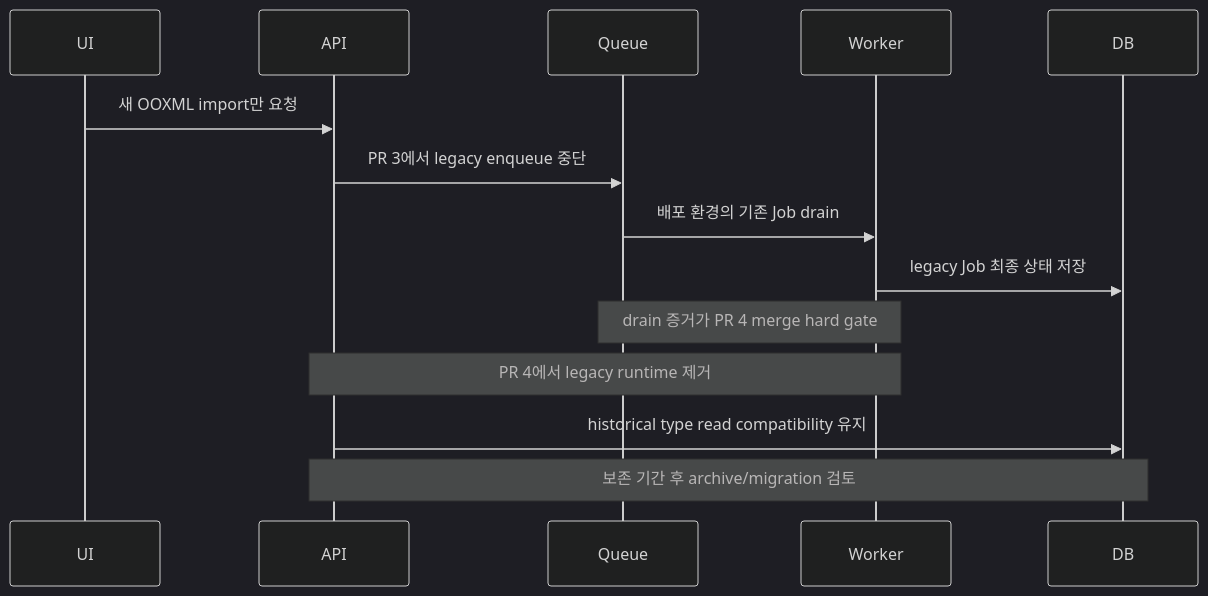
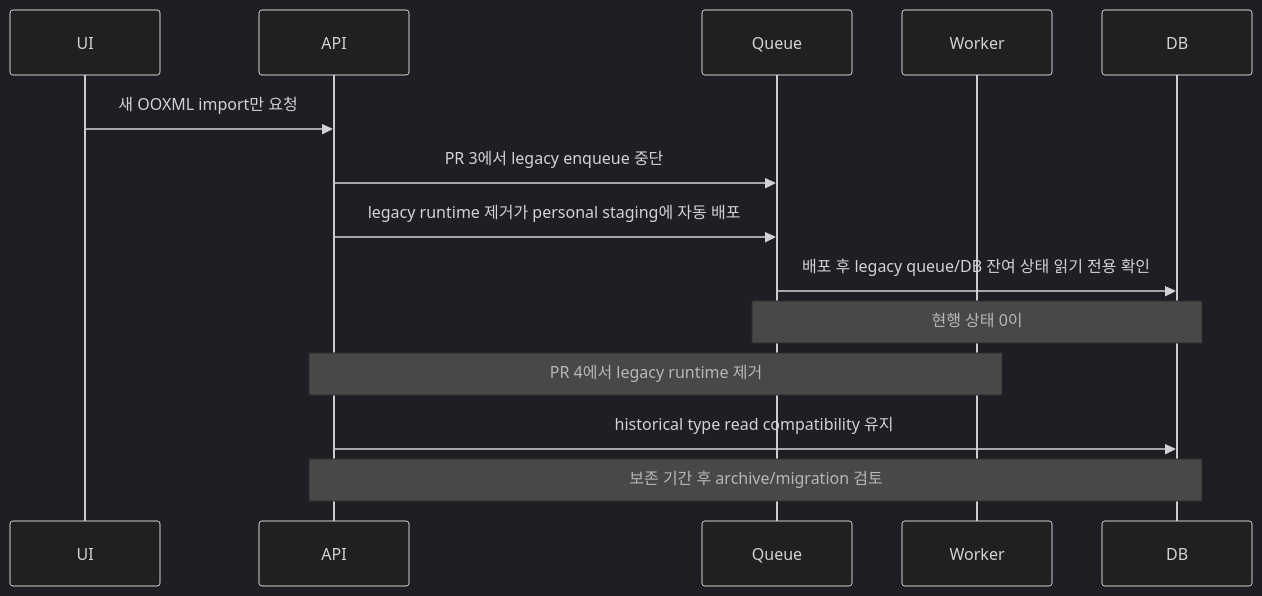
One commit to na-man-mu-303-team2/Orbit changed the seventh of 8 diagrams in docs/plans/generate-deck-separation-before-issue-338.md. Above: the diagram before and after it, drawn with Mermaid (dark theme). The commit also changed other lines of this file and 3 other files, not shown here.

````diff
--- a/docs/plans/generate-deck-separation-before-issue-338.md
+++ b/docs/plans/generate-deck-separation-before-issue-338.md
@@ -893,17 +906,17 @@
 ```mermaid
 sequenceDiagram
     participant UI
     participant API
     participant Queue
     participant Worker
     participant DB
 
     UI->>API: 새 OOXML import만 요청
     API->>Queue: PR 3에서 legacy enqueue 중단
-    Queue->>Worker: 배포 환경의 기존 Job drain
-    Worker->>DB: legacy Job 최종 상태 저장
-    Note over Queue,Worker: drain 증거가 PR 4 merge hard gate
+    API->>Queue: legacy runtime 제거가 personal staging에 자동 배포
+    Queue->>DB: 배포 후 legacy queue/DB 잔여 상태 읽기 전용 확인
+    Note over Queue,DB: 현행 상태 0이 #339 종료 증거
     Note over API,Worker: PR 4에서 legacy runtime 제거
     API->>DB: historical type read compatibility 유지
     Note over API,DB: 보존 기간 후 archive/migration 검토
 ```
````
